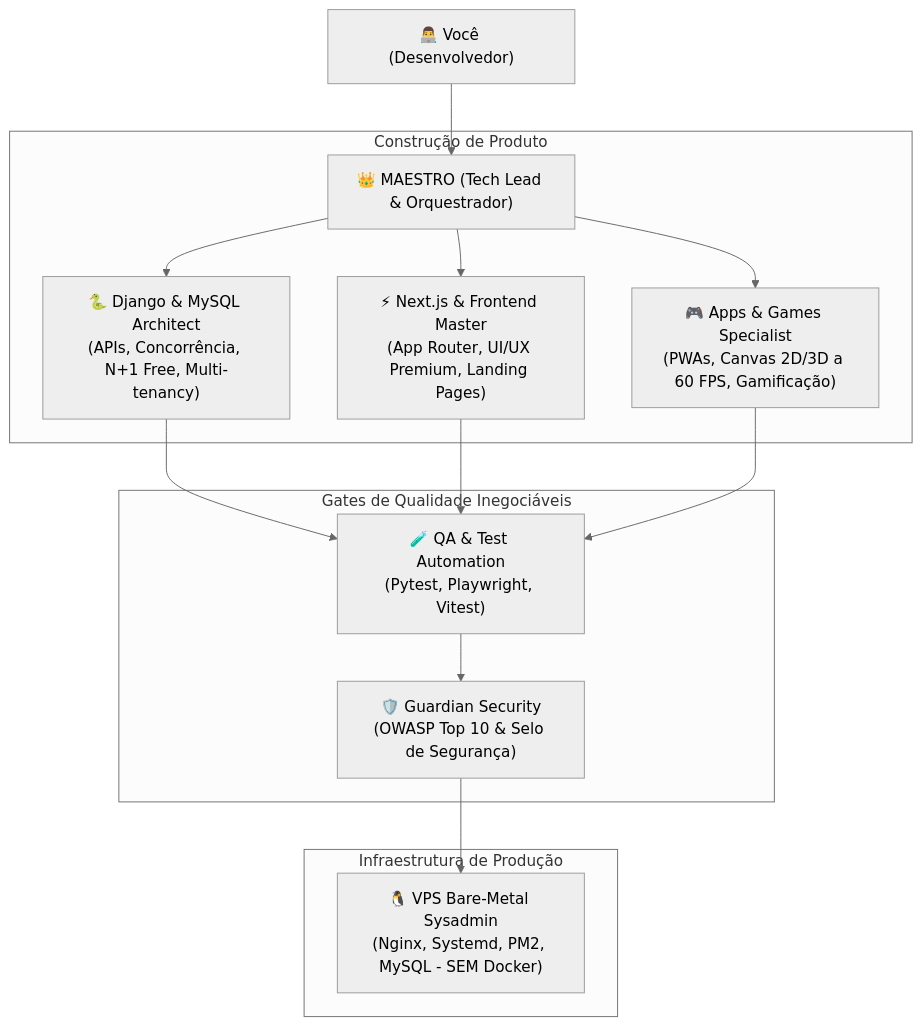
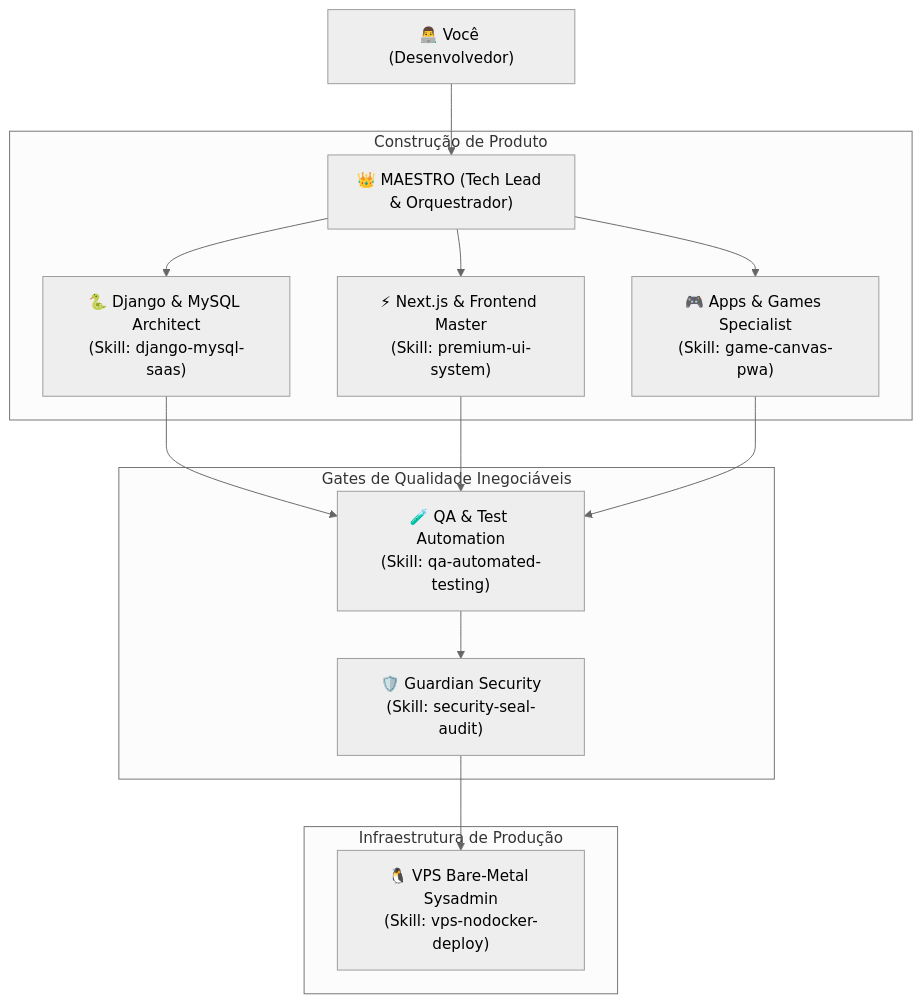
One commit to gwpoliveira/antigravity-fullstack-maestro changed the diagram in README.md. Above: the diagram before and after it, drawn with Mermaid (neutral theme). The commit also changed other lines of this file and 13 other files, not shown here.

````diff
--- a/README.md
+++ b/README.md
@@ -52,21 +52,21 @@
 ```mermaid
 graph TD
     User["👨‍💻 Você (Desenvolvedor)"] --> Maestro["👑 MAESTRO (Tech Lead & Orquestrador)"]
     
     subgraph "Construção de Produto"
-        Maestro --> S1["🐍 Django & MySQL Architect<br/>(APIs, Concorrência, N+1 Free, Multi-tenancy)"]
-        Maestro --> S2["⚡ Next.js & Frontend Master<br/>(App Router, UI/UX Premium, Landing Pages)"]
-        Maestro --> S3["🎮 Apps & Games Specialist<br/>(PWAs, Canvas 2D/3D a 60 FPS, Gamificação)"]
+        Maestro --> S1["🐍 Django & MySQL Architect<br/>(Skill: django-mysql-saas)"]
+        Maestro --> S2["⚡ Next.js & Frontend Master<br/>(Skill: premium-ui-system)"]
+        Maestro --> S3["🎮 Apps & Games Specialist<br/>(Skill: game-canvas-pwa)"]
     end
     
     subgraph "Gates de Qualidade Inegociáveis"
-        S1 --> S4["🧪 QA & Test Automation<br/>(Pytest, Playwright, Vitest)"]
+        S1 --> S4["🧪 QA & Test Automation<br/>(Skill: qa-automated-testing)"]
         S2 --> S4
         S3 --> S4
-        S4 --> S5["🛡️ Guardian Security<br/>(OWASP Top 10 & Selo de Segurança)"]
+        S4 --> S5["🛡️ Guardian Security<br/>(Skill: security-seal-audit)"]
     end
 
     subgraph "Infraestrutura de Produção"
-        S5 --> S6["🐧 VPS Bare-Metal Sysadmin<br/>(Nginx, Systemd, PM2, MySQL - SEM Docker)"]
+        S5 --> S6["🐧 VPS Bare-Metal Sysadmin<br/>(Skill: vps-nodocker-deploy)"]
     end
 ```
````
